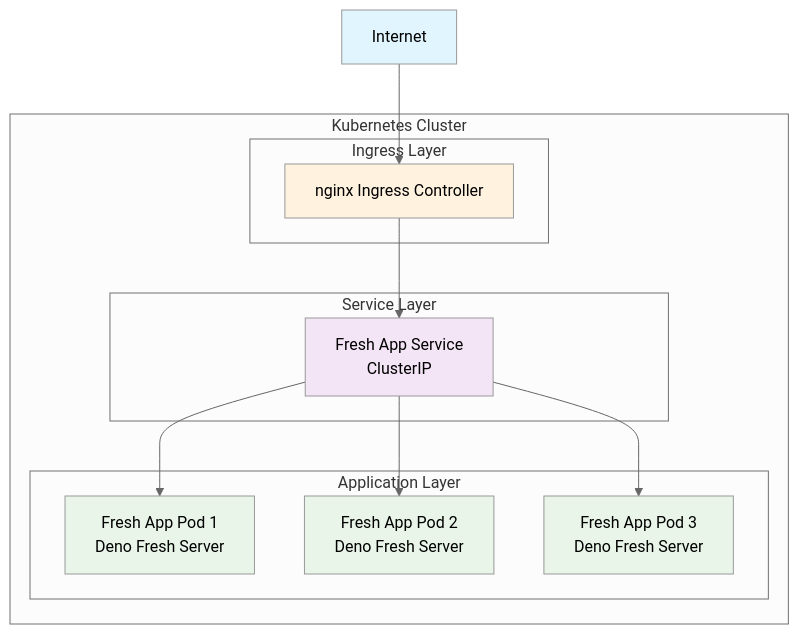
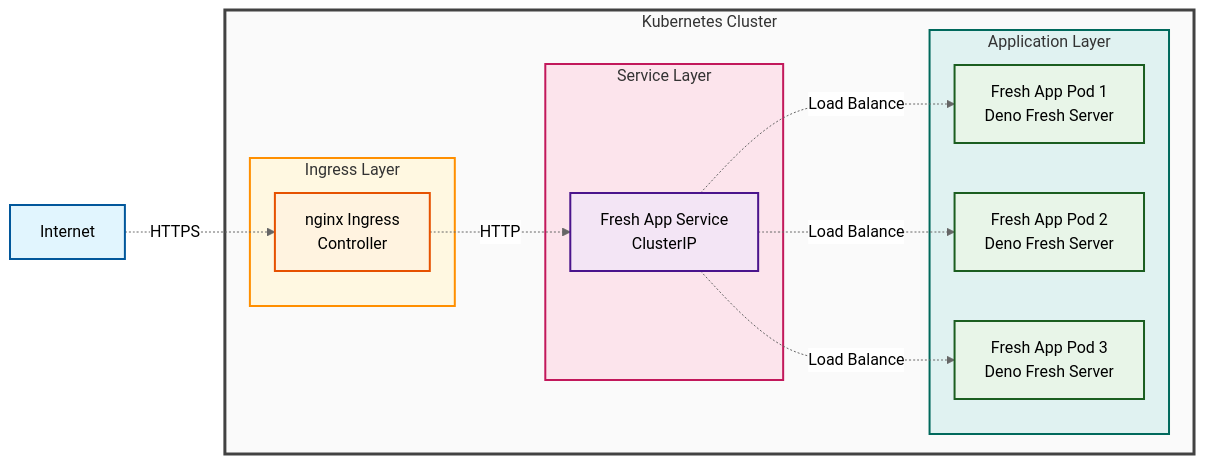
One commit to wcygan/deno-fresh-on-kubernetes changed the diagram in docs/docs/fresh.md. Above: the diagram before and after it, drawn with Mermaid (neutral theme).

````diff
--- a/docs/docs/fresh.md
+++ b/docs/docs/fresh.md
@@ -7,33 +7,42 @@
 ```mermaid
-graph TB
-    Internet[Internet] --> Ingress[nginx Ingress Controller]
+graph LR
+    Internet[Internet]
+    Ingress[nginx Ingress<br/>Controller]
+    Service[Fresh App Service<br/>ClusterIP]
+    Pod1[Fresh App Pod 1<br/>Deno Fresh Server]
+    Pod2[Fresh App Pod 2<br/>Deno Fresh Server]
+    Pod3[Fresh App Pod 3<br/>Deno Fresh Server]
     
-    Ingress --> Service[Fresh App Service<br/>ClusterIP]
+    Internet -.->|HTTPS| Ingress
+    Ingress -.->|HTTP| Service
+    Service -.->|Load Balance| Pod1
+    Service -.->|Load Balance| Pod2
+    Service -.->|Load Balance| Pod3
     
-    Service --> Pod1[Fresh App Pod 1<br/>Deno Fresh Server]
-    Service --> Pod2[Fresh App Pod 2<br/>Deno Fresh Server]
-    Service --> Pod3[Fresh App Pod 3<br/>Deno Fresh Server]
-    
-    subgraph "Kubernetes Cluster"
-        subgraph "Ingress Layer"
+    subgraph cluster[" Kubernetes Cluster "]
+        subgraph ingress[" Ingress Layer "]
             Ingress
         end
         
-        subgraph "Service Layer"
+        subgraph service[" Service Layer "]
             Service
         end
         
-        subgraph "Application Layer"
+        subgraph app[" Application Layer "]
             Pod1
             Pod2
             Pod3
         end
     end
     
-    style Internet fill:#e1f5fe
-    style Ingress fill:#fff3e0
-    style Service fill:#f3e5f5
-    style Pod1 fill:#e8f5e8
-    style Pod2 fill:#e8f5e8
-    style Pod3 fill:#e8f5e8
+    style Internet fill:#e1f5fe,stroke:#01579b,stroke-width:2px
+    style Ingress fill:#fff3e0,stroke:#e65100,stroke-width:2px
+    style Service fill:#f3e5f5,stroke:#4a148c,stroke-width:2px
+    style Pod1 fill:#e8f5e8,stroke:#1b5e20,stroke-width:2px
+    style Pod2 fill:#e8f5e8,stroke:#1b5e20,stroke-width:2px
+    style Pod3 fill:#e8f5e8,stroke:#1b5e20,stroke-width:2px
+    style cluster fill:#fafafa,stroke:#424242,stroke-width:3px
+    style ingress fill:#fff8e1,stroke:#ff8f00,stroke-width:2px
+    style service fill:#fce4ec,stroke:#c2185b,stroke-width:2px
+    style app fill:#e0f2f1,stroke:#00695c,stroke-width:2px
 ```
````
